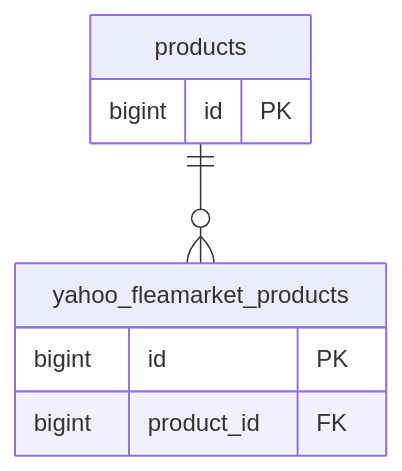
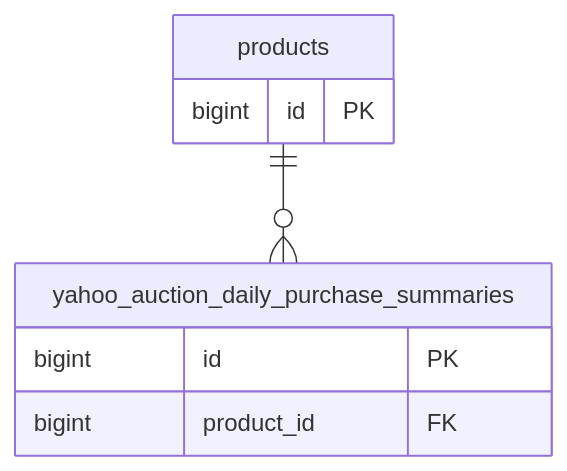
The third of 4 diagrams in docs/database/association.md (kuroweb/price-monitoring), drawn with Mermaid before and after one commit. The commit also changed other lines of this file and 54 other files, not shown here.

````diff
--- a/docs/database/association.md
+++ b/docs/database/association.md
@@ -72,11 +72,11 @@
 ```mermaid
 erDiagram
   products {
     bigint id PK
   }
-  yahoo_fleamarket_products {
+  yahoo_auction_daily_purchase_summaries {
     bigint id PK
     bigint product_id FK
   }
-  products ||--o{ yahoo_fleamarket_products : ""
+  products ||--o{ yahoo_auction_daily_purchase_summaries : ""
 ```
````
